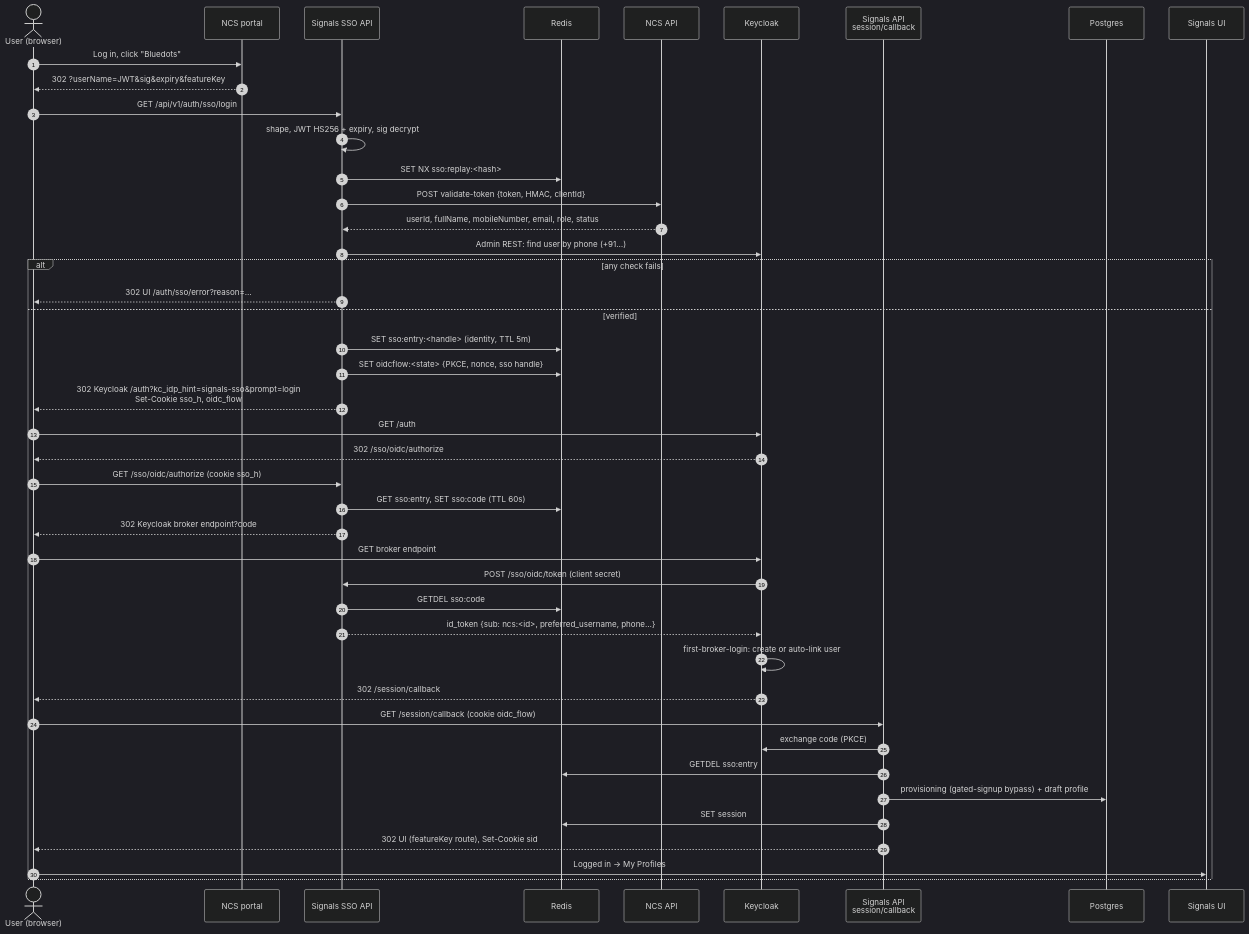
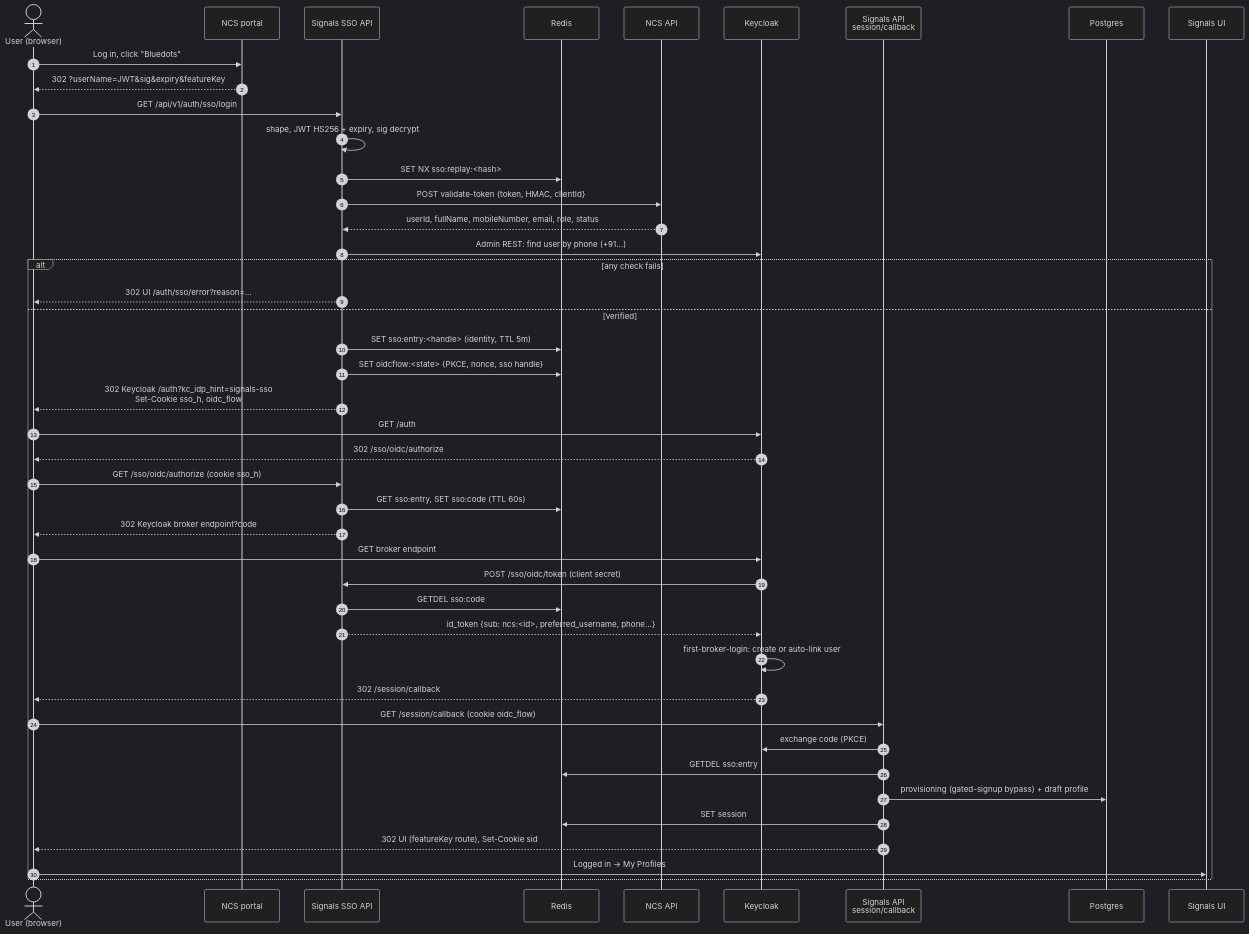
The third of 3 diagrams in docs/superpowers/specs/2026-09-24-external-idp-bridge-ncs-sso-design.md (Blue-Dots-Economy/signals-dpg), drawn with Mermaid (dark theme) before and after one commit. The commit also changed other lines of this file and 4 other files, not shown here.

First line of the commit message:
fix(sso): Keycloak auto-link flow and role mapper type; ops doc

````diff
--- a/docs/superpowers/specs/2026-09-24-external-idp-bridge-ncs-sso-design.md
+++ b/docs/superpowers/specs/2026-09-24-external-idp-bridge-ncs-sso-design.md
@@ -236,47 +236,47 @@
 ```mermaid
 sequenceDiagram
     autonumber
     actor U as User (browser)
     participant N as NCS portal
     participant S as Signals SSO API
     participant R as Redis
     participant NA as NCS API
     participant K as Keycloak
     participant C as Signals API<br/>session/callback
     participant DB as Postgres
     participant UI as Signals UI
 
     U->>N: Log in, click "Bluedots"
     N-->>U: 302 ?userName=JWT&sig&expiry&featureKey
     U->>S: GET /api/v1/auth/sso/login
     S->>S: shape, JWT HS256 + expiry, sig decrypt
     S->>R: SET NX sso:replay:<hash>
     S->>NA: POST validate-token {token, HMAC, clientId}
     NA-->>S: userId, fullName, mobileNumber, email, role, status
     S->>K: Admin REST: find user by phone (+91…)
     alt any check fails
         S-->>U: 302 UI /auth/sso/error?reason=…
     else verified
         S->>R: SET sso:entry:<handle> (identity, TTL 5m)
         S->>R: SET oidcflow:<state> {PKCE, nonce, sso handle}
-        S-->>U: 302 Keycloak /auth?kc_idp_hint=signals-sso&prompt=login<br/>Set-Cookie sso_h, oidc_flow
+        S-->>U: 302 Keycloak /auth?kc_idp_hint=signals-sso<br/>Set-Cookie sso_h, oidc_flow
         U->>K: GET /auth
         K-->>U: 302 /sso/oidc/authorize
         U->>S: GET /sso/oidc/authorize (cookie sso_h)
         S->>R: GET sso:entry, SET sso:code (TTL 60s)
         S-->>U: 302 Keycloak broker endpoint?code
         U->>K: GET broker endpoint
         K->>S: POST /sso/oidc/token (client secret)
         S->>R: GETDEL sso:code
         S-->>K: id_token {sub: ncs:<id>, preferred_username, phone…}
         K->>K: first-broker-login: create or auto-link user
         K-->>U: 302 /session/callback
         U->>C: GET /session/callback (cookie oidc_flow)
         C->>K: exchange code (PKCE)
         C->>R: GETDEL sso:entry
         C->>DB: provisioning (gated-signup bypass) + draft profile
         C->>R: SET session
         C-->>U: 302 UI (featureKey route), Set-Cookie sid
         U->>UI: Logged in → My Profiles
     end
 ```
````
